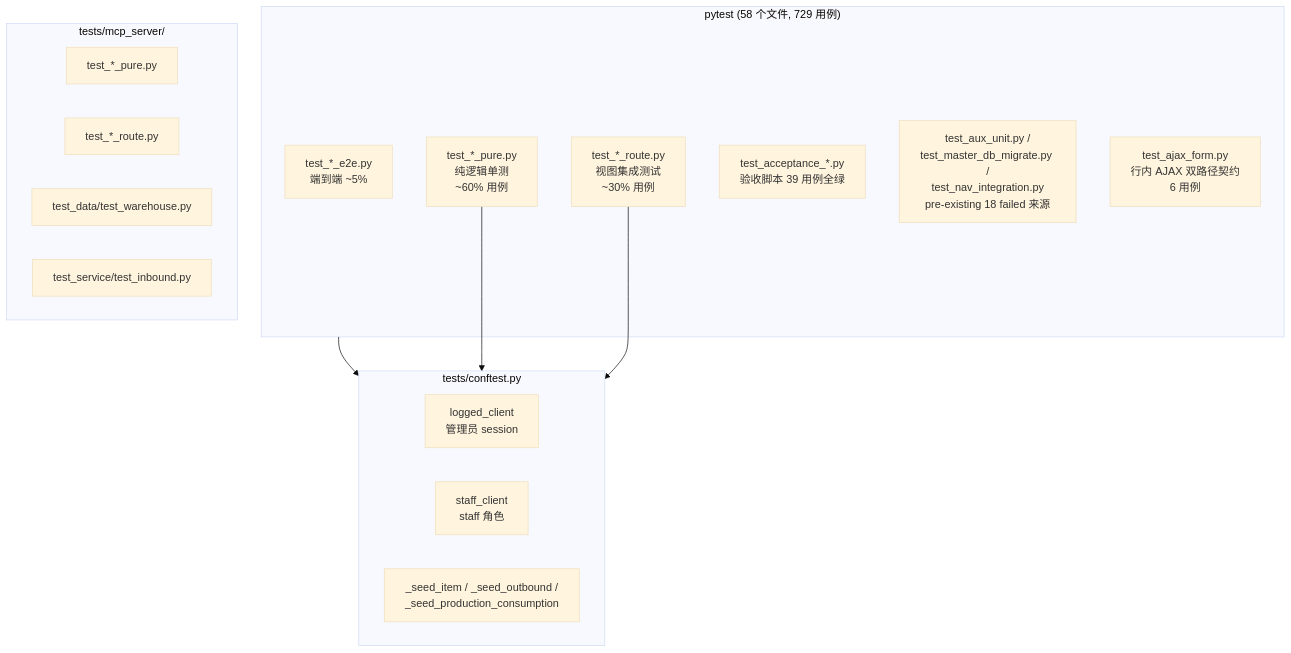
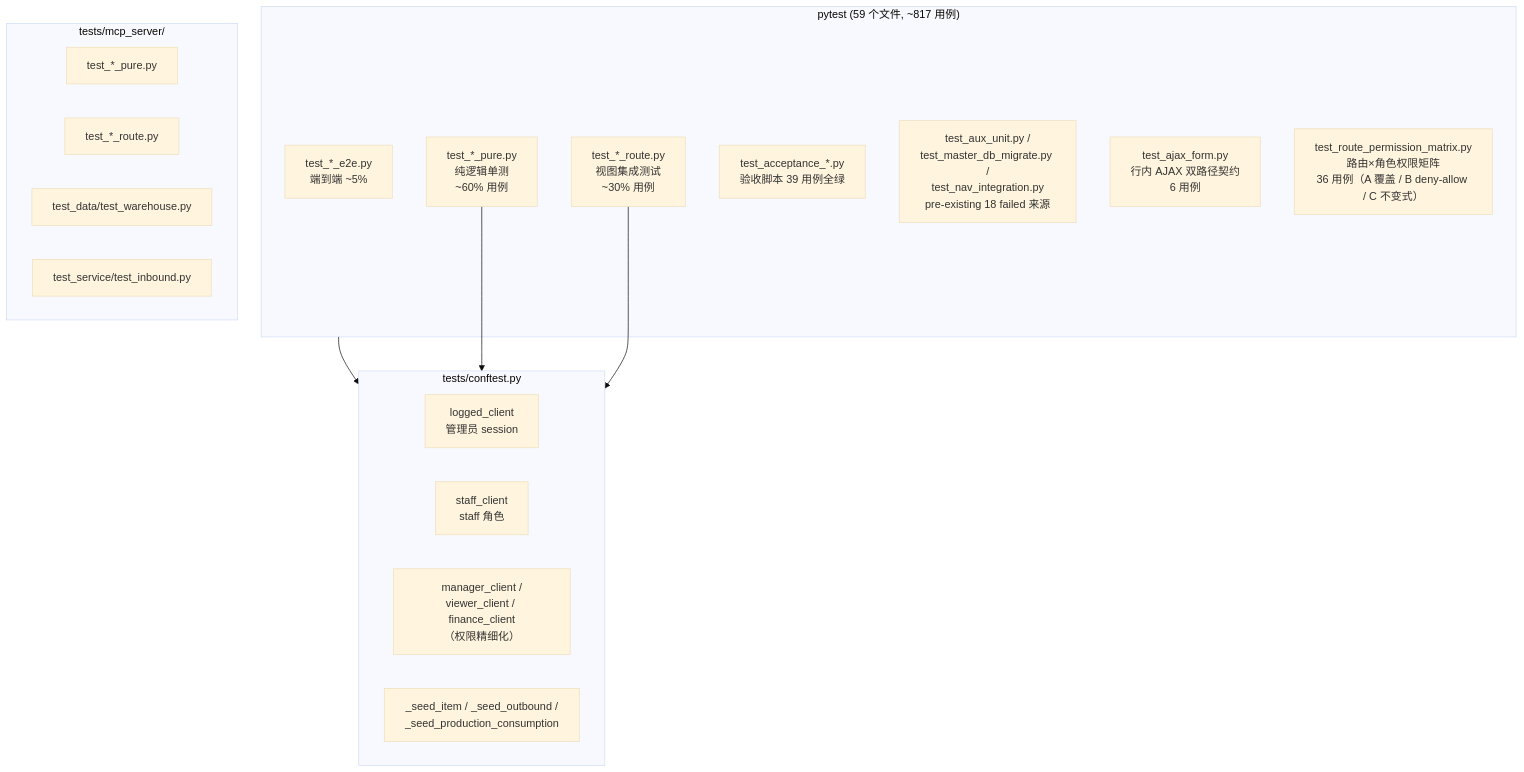
One commit to ericmr1981/DailyCheck changed diagram 17 of 17 in docs/ARCHITECTURE.md. Above: the diagram before and after it, drawn with Mermaid (base theme). The commit also changed other lines of this file and 3 other files, not shown here.

````diff
--- a/docs/ARCHITECTURE.md
+++ b/docs/ARCHITECTURE.md
@@ -811,28 +811,30 @@
 ```mermaid
 flowchart TB
-    subgraph Pytest["pytest (58 个文件, 729 用例)"]
+    subgraph Pytest["pytest (59 个文件, ~817 用例)"]
         Pure["test_*_pure.py<br/>纯逻辑单测<br/>~60% 用例"]
         Route["test_*_route.py<br/>视图集成测试<br/>~30% 用例"]
         E2E["test_*_e2e.py<br/>端到端 ~5%"]
         Acceptance["test_acceptance_*.py<br/>验收脚本 39 用例全绿"]
         Aux["test_aux_unit.py /<br/>test_master_db_migrate.py /<br/>test_nav_integration.py<br/>pre-existing 18 failed 来源"]
         Ajax["test_ajax_form.py<br/>行内 AJAX 双路径契约<br/>6 用例"]
+        Perm["test_route_permission_matrix.py<br/>路由×角色权限矩阵<br/>36 用例（A 覆盖 / B deny-allow / C 不变式）"]
     end
 
     subgraph Conftest["tests/conftest.py"]
         LoggedClient["logged_client<br/>管理员 session"]
         StaffClient["staff_client<br/>staff 角色"]
+        RoleClients["manager_client /<br/>viewer_client / finance_client<br/>（权限精细化）"]
         SeedHelpers["_seed_item / _seed_outbound /<br/>_seed_production_consumption"]
     end
 
     subgraph MCPTest["tests/mcp_server/"]
         MCPPure["test_*_pure.py"]
         MCPRoute["test_*_route.py"]
         MCPData["test_data/test_warehouse.py"]
         MCPService["test_service/test_inbound.py"]
     end
 
     Pytest --> Conftest
     Pure --> Conftest
     Route --> Conftest
 ```
````
